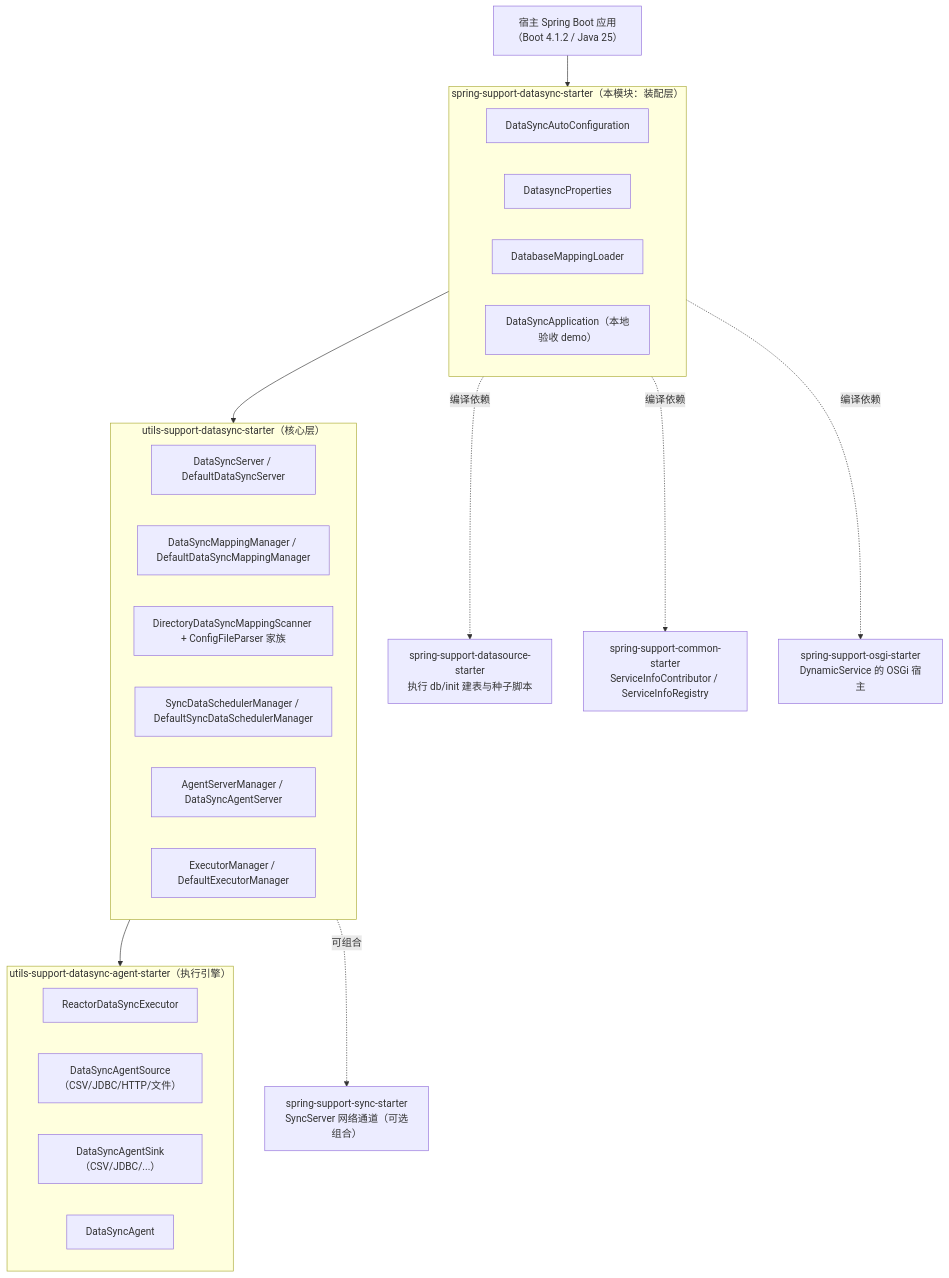
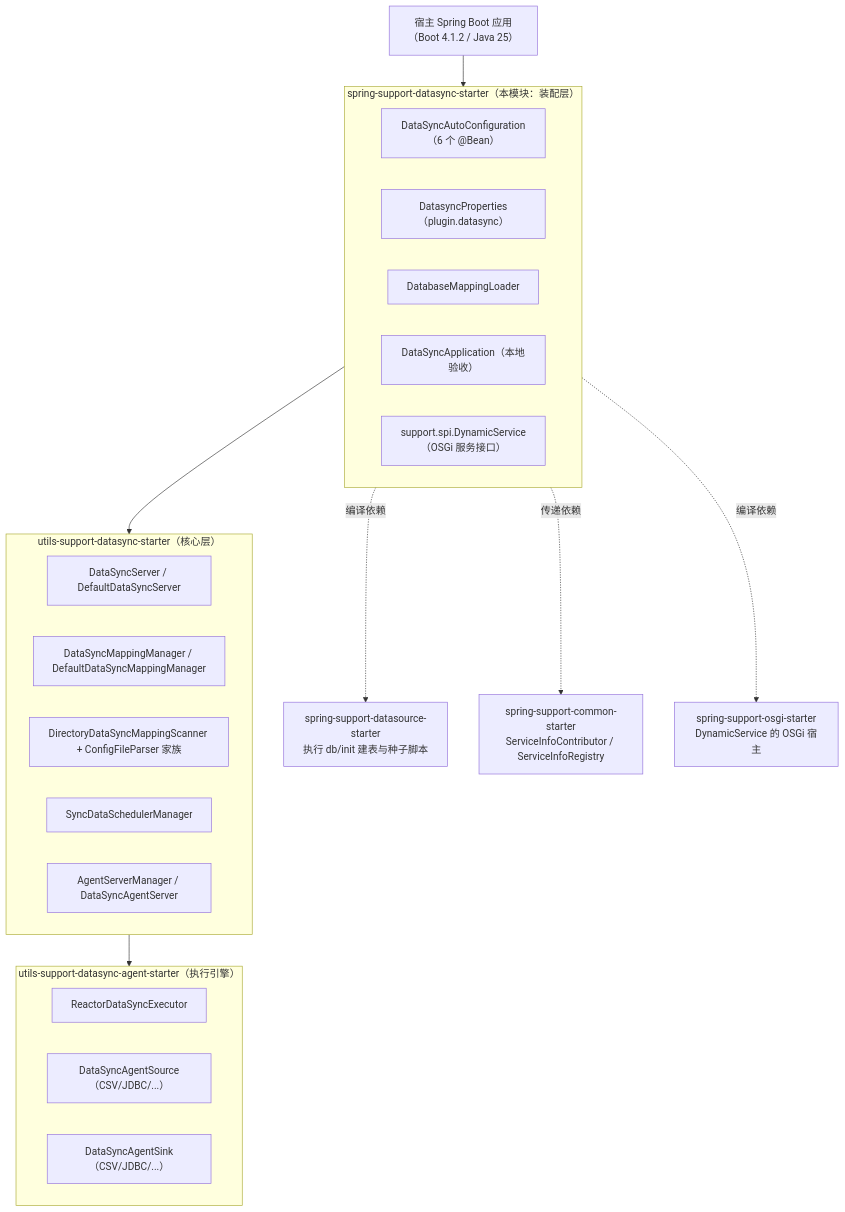
One commit to CHTK001/spring-support-parent-starter changed the first of 2 diagrams in spring-support-datasync-starter/README.md. Above: the diagram before and after it, drawn with Mermaid. The commit also changed other lines of this file and 54 other files, not shown here.

````diff
--- a/spring-support-datasync-starter/README.md
+++ b/spring-support-datasync-starter/README.md
@@ -13,40 +9,37 @@
 ```mermaid
 flowchart TD
     HOST["宿主 Spring Boot 应用<br/>（Boot 4.1.2 / Java 25）"]
 
     subgraph MOD["spring-support-datasync-starter（本模块：装配层）"]
-        AC["DataSyncAutoConfiguration"]
-        PROP["DatasyncProperties"]
+        AC["DataSyncAutoConfiguration（6 个 @Bean）"]
+        PROP["DatasyncProperties（plugin.datasync）"]
         DBL["DatabaseMappingLoader"]
-        DEMO["DataSyncApplication（本地验收 demo）"]
+        DEMO["DataSyncApplication（本地验收）"]
+        SPI["support.spi.DynamicService（OSGi 服务接口）"]
     end
 
     subgraph CORE["utils-support-datasync-starter（核心层）"]
         SRV["DataSyncServer / DefaultDataSyncServer"]
         MM["DataSyncMappingManager / DefaultDataSyncMappingManager"]
         SCN["DirectoryDataSyncMappingScanner + ConfigFileParser 家族"]
-        SCH["SyncDataSchedulerManager / DefaultSyncDataSchedulerManager"]
+        SCH["SyncDataSchedulerManager"]
         AGT["AgentServerManager / DataSyncAgentServer"]
-        EM["ExecutorManager / DefaultExecutorManager"]
     end
 
     subgraph ENG["utils-support-datasync-agent-starter（执行引擎）"]
         EXE["ReactorDataSyncExecutor"]
-        SRC["DataSyncAgentSource（CSV/JDBC/HTTP/文件）"]
+        SRC["DataSyncAgentSource（CSV/JDBC/...）"]
         SNK["DataSyncAgentSink（CSV/JDBC/...）"]
-        AGX["DataSyncAgent"]
     end
 
     DS["spring-support-datasource-starter<br/>执行 db/init 建表与种子脚本"]
     CMM["spring-support-common-starter<br/>ServiceInfoContributor / ServiceInfoRegistry"]
     OSGI["spring-support-osgi-starter<br/>DynamicService 的 OSGi 宿主"]
-    SYNC["spring-support-sync-starter<br/>SyncServer 网络通道（可选组合）"]
 
     HOST --> MOD
     MOD --> CORE
     CORE --> ENG
     MOD -.->|编译依赖| DS
-    MOD -.->|编译依赖| CMM
+    MOD -.->|传递依赖| CMM
     MOD -.->|编译依赖| OSGI
-    CORE -.->|可组合| SYNC
 ```
````
